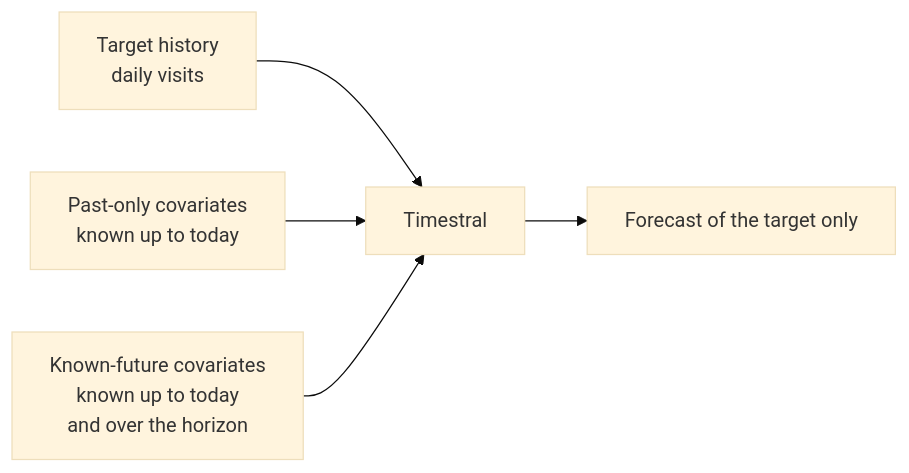
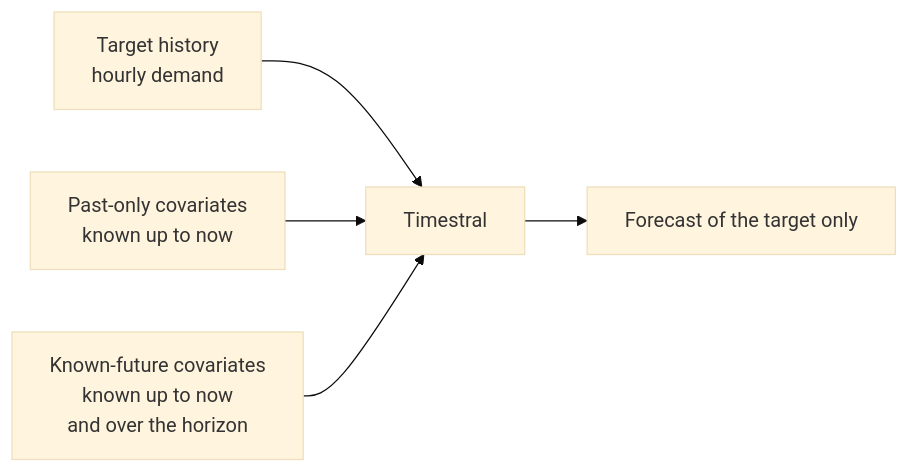
Before and after one commit to mourjo/zero-shot-forecasting: the seventh of 11 diagrams in docs/01-concepts.md, drawn with Mermaid (base theme). The commit also changed other lines of this file and 3 other files, not shown here.

````diff
--- a/docs/01-concepts.md
+++ b/docs/01-concepts.md
@@ -336,7 +345,7 @@
 ```mermaid
 flowchart LR
-    T["Target history<br/>daily visits"] --> M["Timestral"]
-    P["Past-only covariates<br/>known up to today"] --> M
-    K["Known-future covariates<br/>known up to today<br/>and over the horizon"] --> M
+    T["Target history<br/>hourly demand"] --> M["Timestral"]
+    P["Past-only covariates<br/>known up to now"] --> M
+    K["Known-future covariates<br/>known up to now<br/>and over the horizon"] --> M
     M --> O["Forecast of the target only"]
 ```
````
